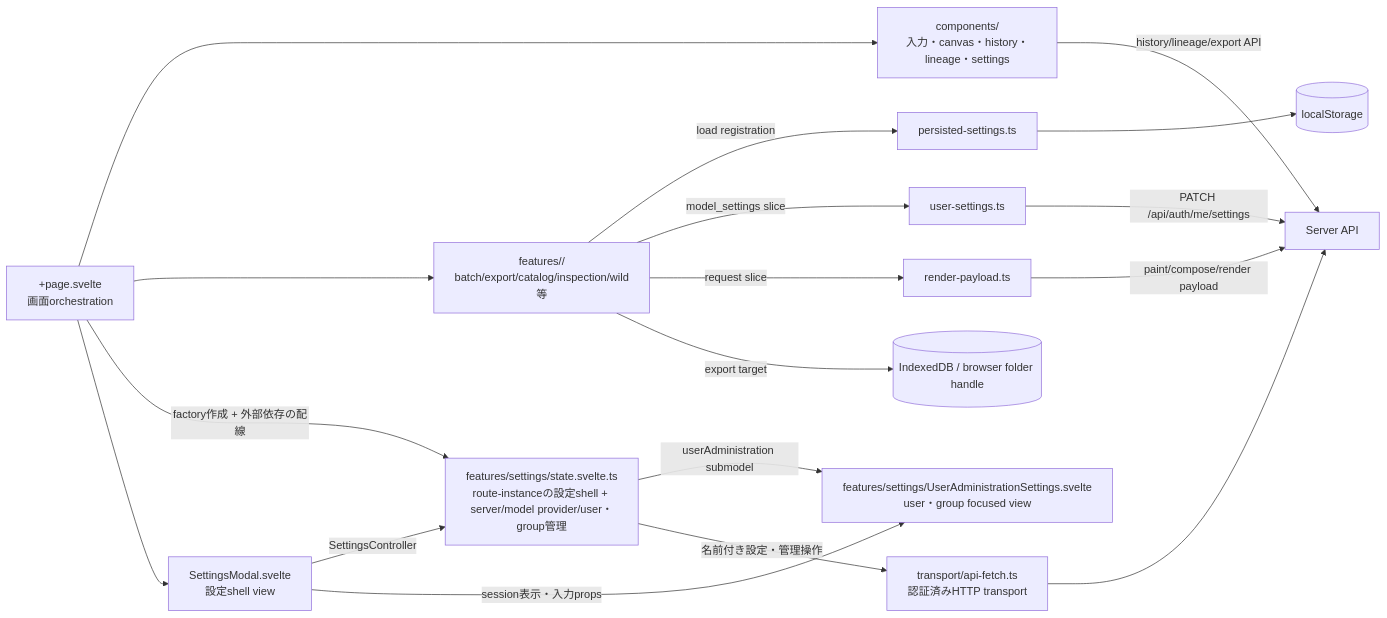
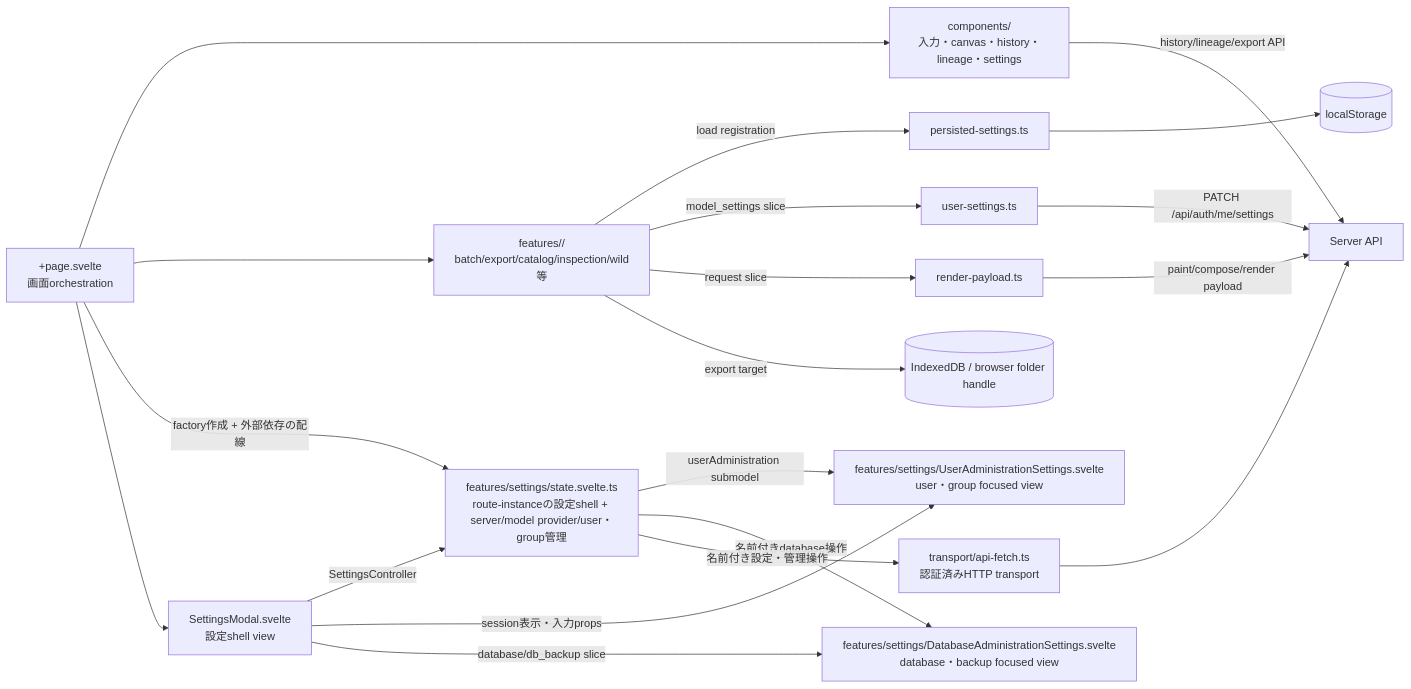
Before and after one commit to oikawas/inku-lang: the second of 2 diagrams in docs/architecture/client-boundaries.ja.md, drawn with Mermaid. The commit also changed other lines of this file and 4 other files, not shown here.

Commit message:
refactor(web): extract database administration settings view

````diff
--- a/docs/architecture/client-boundaries.ja.md
+++ b/docs/architecture/client-boundaries.ja.md
@@ -31,34 +31,37 @@
 ```mermaid
 flowchart LR
     PAGE["+page.svelte\n画面orchestration"]
     COMPONENTS["components/\n入力・canvas・history・lineage・settings"]
     FEATURES["features/<name>/\nbatch/export/catalog/inspection/wild等"]
     SETTINGS["features/settings/state.svelte.ts\nroute-instanceの設定shell + server/model provider/user・group管理"]
     SETTINGS_MODAL["SettingsModal.svelte\n設定shell view"]
     USER_ADMIN_VIEW["features/settings/UserAdministrationSettings.svelte\nuser・group focused view"]
+    DATABASE_VIEW["features/settings/DatabaseAdministrationSettings.svelte\ndatabase・backup focused view"]
     TRANSPORT["transport/api-fetch.ts\n認証済みHTTP transport"]
     PERSIST["persisted-settings.ts"]
     USERSET["user-settings.ts"]
     PAYLOAD["render-payload.ts"]
     LOCAL[("localStorage")]
     INDEXED[("IndexedDB / browser folder handle")]
     API["Server API"]
 
     PAGE --> COMPONENTS
     PAGE --> FEATURES
     PAGE -->|"factory作成 + 外部依存の配線"| SETTINGS
     PAGE --> SETTINGS_MODAL
     SETTINGS_MODAL -->|"SettingsController"| SETTINGS
     SETTINGS_MODAL -->|"session表示・入力props"| USER_ADMIN_VIEW
     SETTINGS -->|"userAdministration submodel"| USER_ADMIN_VIEW
+    SETTINGS_MODAL -->|"database/db_backup slice"| DATABASE_VIEW
+    SETTINGS -->|"名前付きdatabase操作"| DATABASE_VIEW
     SETTINGS -->|"名前付き設定・管理操作"| TRANSPORT
     TRANSPORT --> API
     FEATURES -->|"load registration"| PERSIST
     FEATURES -->|"model_settings slice"| USERSET
     FEATURES -->|"request slice"| PAYLOAD
     PERSIST --> LOCAL
     USERSET -->|"PATCH /api/auth/me/settings"| API
     PAYLOAD -->|"paint/compose/render payload"| API
     FEATURES -->|"export target"| INDEXED
     COMPONENTS -->|"history/lineage/export API"| API
 ```
````
